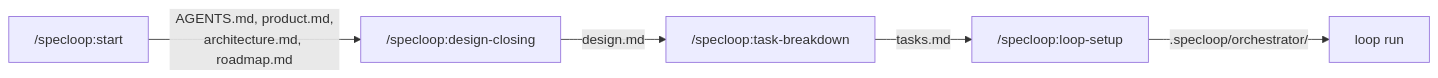
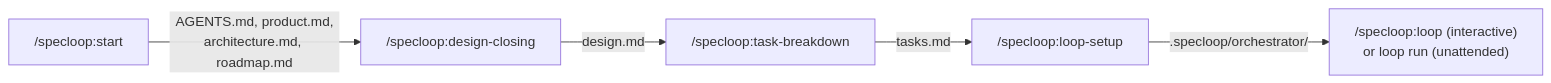
The diagram in README.md (SebassContreras/specloop), drawn with Mermaid before and after one commit. The commit also changed other lines of this file and 11 other files, not shown here.

````diff
--- a/README.md
+++ b/README.md
@@ -22,7 +22,7 @@
 ```mermaid
 flowchart LR
     A["/specloop:start"] -->|"AGENTS.md, product.md,<br/>architecture.md, roadmap.md"| B["/specloop:design-closing"]
     B -->|"design.md"| C["/specloop:task-breakdown"]
     C -->|"tasks.md"| D["/specloop:loop-setup"]
-    D -->|".specloop/orchestrator/"| E["loop run"]
+    D -->|".specloop/orchestrator/"| E["/specloop:loop (interactive)<br/>or loop run (unattended)"]
 ```
````
